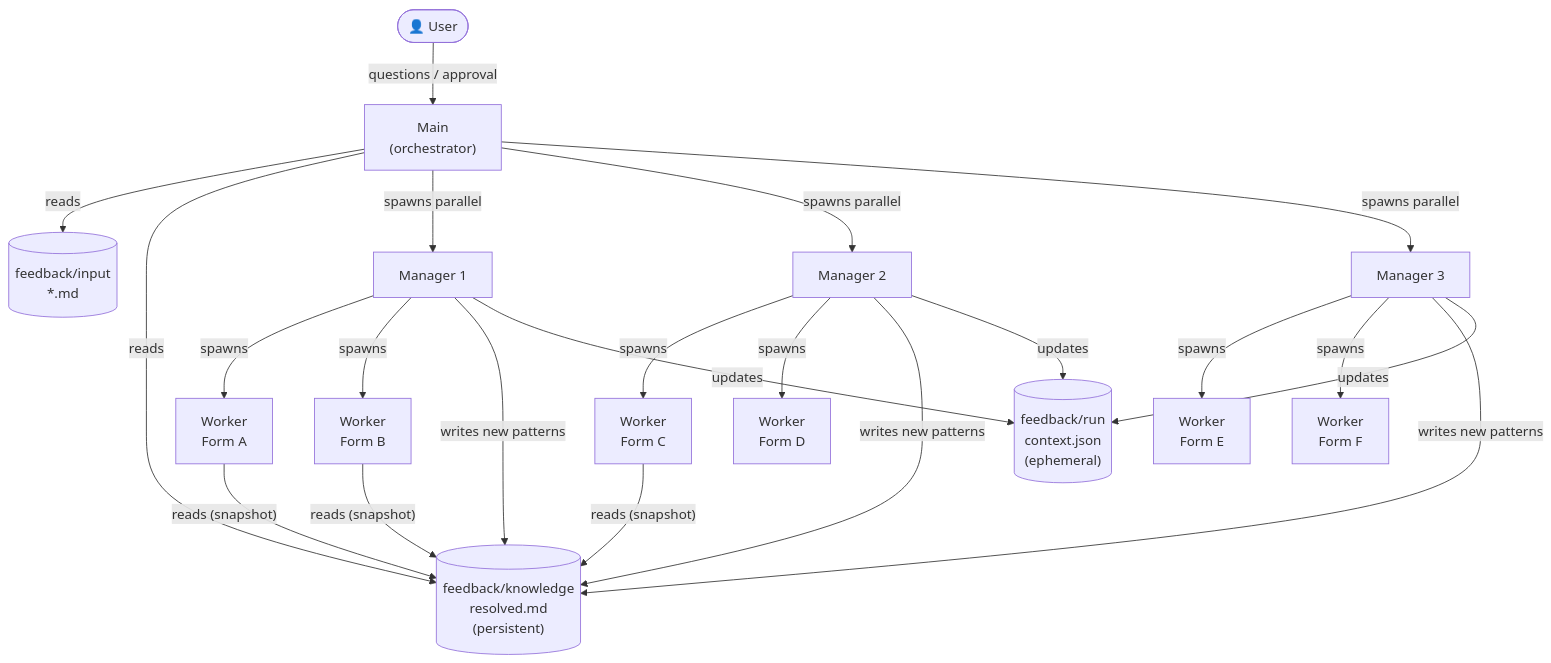
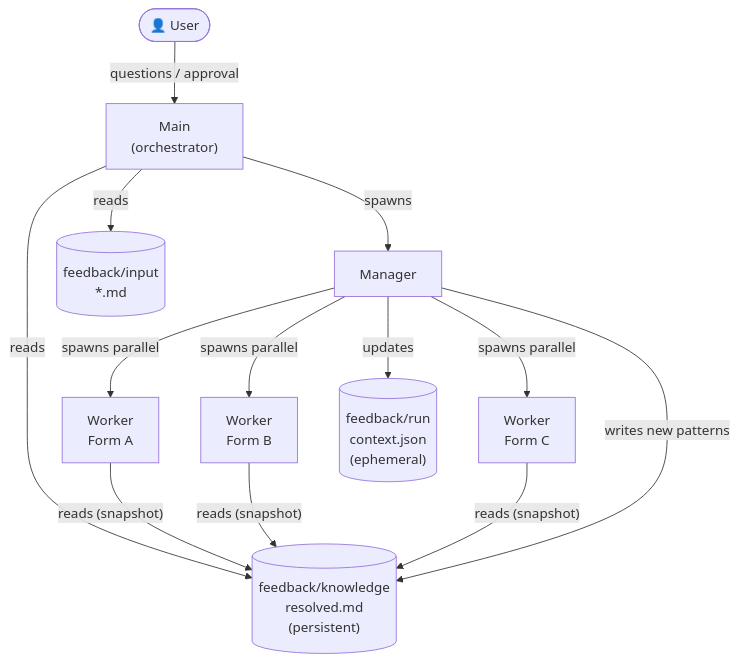
One commit to ajilach/ajila-forms-conversion-engine changed the first of 2 diagrams in docs/feedback-pipeline-plan.md. Above: the diagram before and after it, drawn with Mermaid.

Commit message:
simplify architecture graph to single manager

````diff
--- a/docs/feedback-pipeline-plan.md
+++ b/docs/feedback-pipeline-plan.md
@@ -15,43 +15,28 @@
 ```mermaid
 graph TD
     User(["👤 User"])
     Main["Main\n(orchestrator)"]
-    M1["Manager 1"]
-    M2["Manager 2"]
-    M3["Manager 3"]
+    Mgr["Manager"]
     W1["Worker\nForm A"]
     W2["Worker\nForm B"]
     W3["Worker\nForm C"]
-    W4["Worker\nForm D"]
-    W5["Worker\nForm E"]
-    W6["Worker\nForm F"]
     Resolved[("feedback/knowledge\nresolved.md\n(persistent)")]
     Context[("feedback/run\ncontext.json\n(ephemeral)")]
     Input[("feedback/input\n*.md")]
 
     User -- "questions / approval" --> Main
     Main -- "reads" --> Input
     Main -- "reads" --> Resolved
-    Main -- "spawns parallel" --> M1
-    Main -- "spawns parallel" --> M2
-    Main -- "spawns parallel" --> M3
+    Main -- "spawns" --> Mgr
 
-    M1 -- "spawns" --> W1
-    M1 -- "spawns" --> W2
-    M2 -- "spawns" --> W3
-    M2 -- "spawns" --> W4
-    M3 -- "spawns" --> W5
-    M3 -- "spawns" --> W6
+    Mgr -- "spawns parallel" --> W1
+    Mgr -- "spawns parallel" --> W2
+    Mgr -- "spawns parallel" --> W3
 
     W1 -- "reads (snapshot)" --> Resolved
     W2 -- "reads (snapshot)" --> Resolved
     W3 -- "reads (snapshot)" --> Resolved
 
-    M1 -- "writes new patterns" --> Resolved
-    M2 -- "writes new patterns" --> Resolved
-    M3 -- "writes new patterns" --> Resolved
-
-    M1 -- "updates" --> Context
-    M2 -- "updates" --> Context
-    M3 -- "updates" --> Context
+    Mgr -- "writes new patterns" --> Resolved
+    Mgr -- "updates" --> Context
 ```
````
